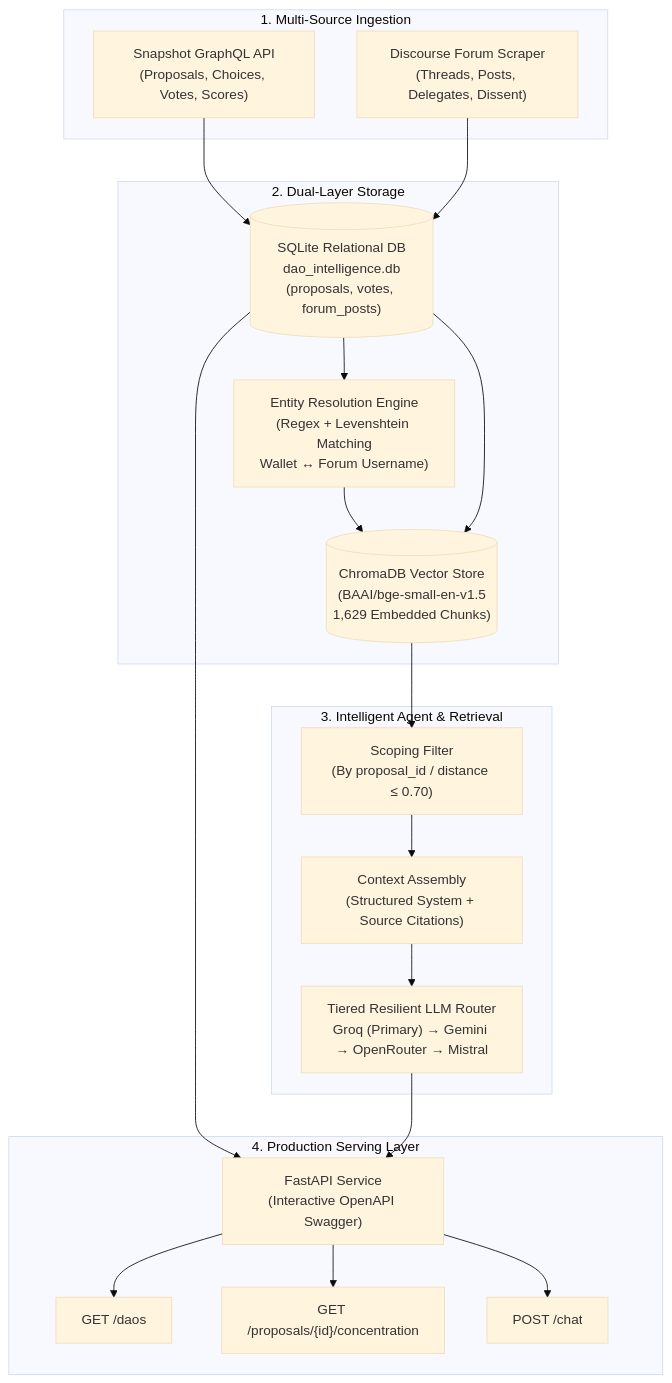
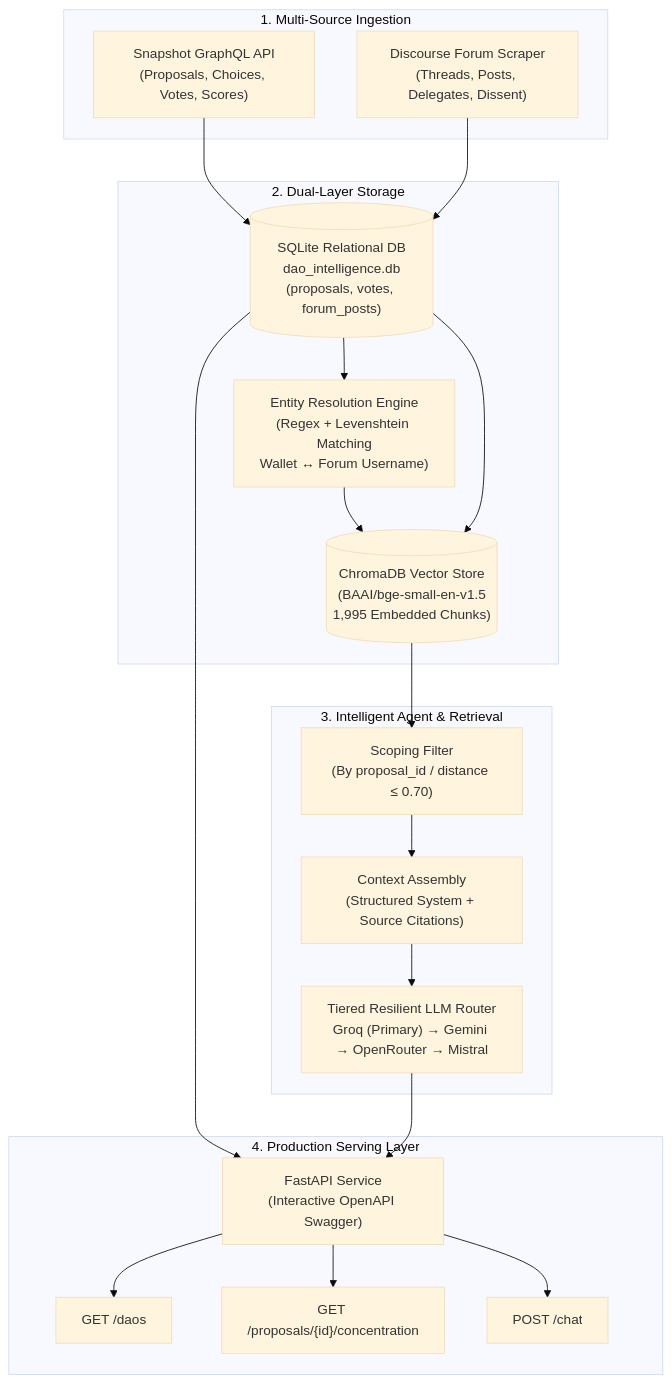
The diagram in README.md (Rakshitgoyal770/DOA-BACKEND), drawn with Mermaid (base theme) before and after one commit. The commit also changed other lines of this file and 1 other file, not shown here.

````diff
--- a/README.md
+++ b/README.md
@@ -51,37 +55,37 @@
 ```mermaid
 flowchart TD
     subgraph Ingestion ["1. Multi-Source Ingestion"]
         SNAP["Snapshot GraphQL API<br/>(Proposals, Choices, Votes, Scores)"]
         DISC["Discourse Forum Scraper<br/>(Threads, Posts, Delegates, Dissent)"]
     end
 
     subgraph Storage ["2. Dual-Layer Storage"]
         SQL[("SQLite Relational DB<br/>dao_intelligence.db<br/>(proposals, votes, forum_posts)")]
         RESOLV["Entity Resolution Engine<br/>(Regex + Levenshtein Matching<br/>Wallet &harr; Forum Username)"]
-        CHROMA[("ChromaDB Vector Store<br/>(BAAI/bge-small-en-v1.5<br/>1,629 Embedded Chunks)")]
+        CHROMA[("ChromaDB Vector Store<br/>(BAAI/bge-small-en-v1.5<br/>1,995 Embedded Chunks)")]
     end
 
     subgraph Engine ["3. Intelligent Agent & Retrieval"]
         FILTER["Scoping Filter<br/>(By proposal_id / distance &le; 0.70)"]
         PROMPT["Context Assembly<br/>(Structured System + Source Citations)"]
         LLM["Tiered Resilient LLM Router<br/>Groq (Primary) &rarr; Gemini &rarr; OpenRouter &rarr; Mistral"]
     end
 
     subgraph API ["4. Production Serving Layer"]
         FAST["FastAPI Service<br/>(Interactive OpenAPI Swagger)"]
         C1["GET /daos"]
         C2["GET /proposals/{id}/concentration"]
         C3["POST /chat"]
     end
 
     SNAP --> SQL
     DISC --> SQL
     SQL --> RESOLV --> CHROMA
     SQL --> CHROMA
     CHROMA --> FILTER --> PROMPT --> LLM
     SQL --> FAST
     LLM --> FAST
     FAST --> C1
     FAST --> C2
     FAST --> C3
 ```
````
